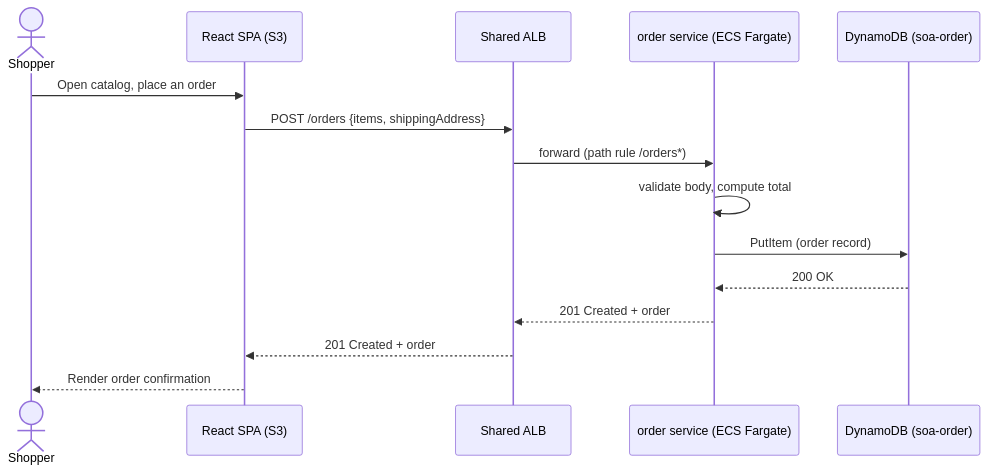
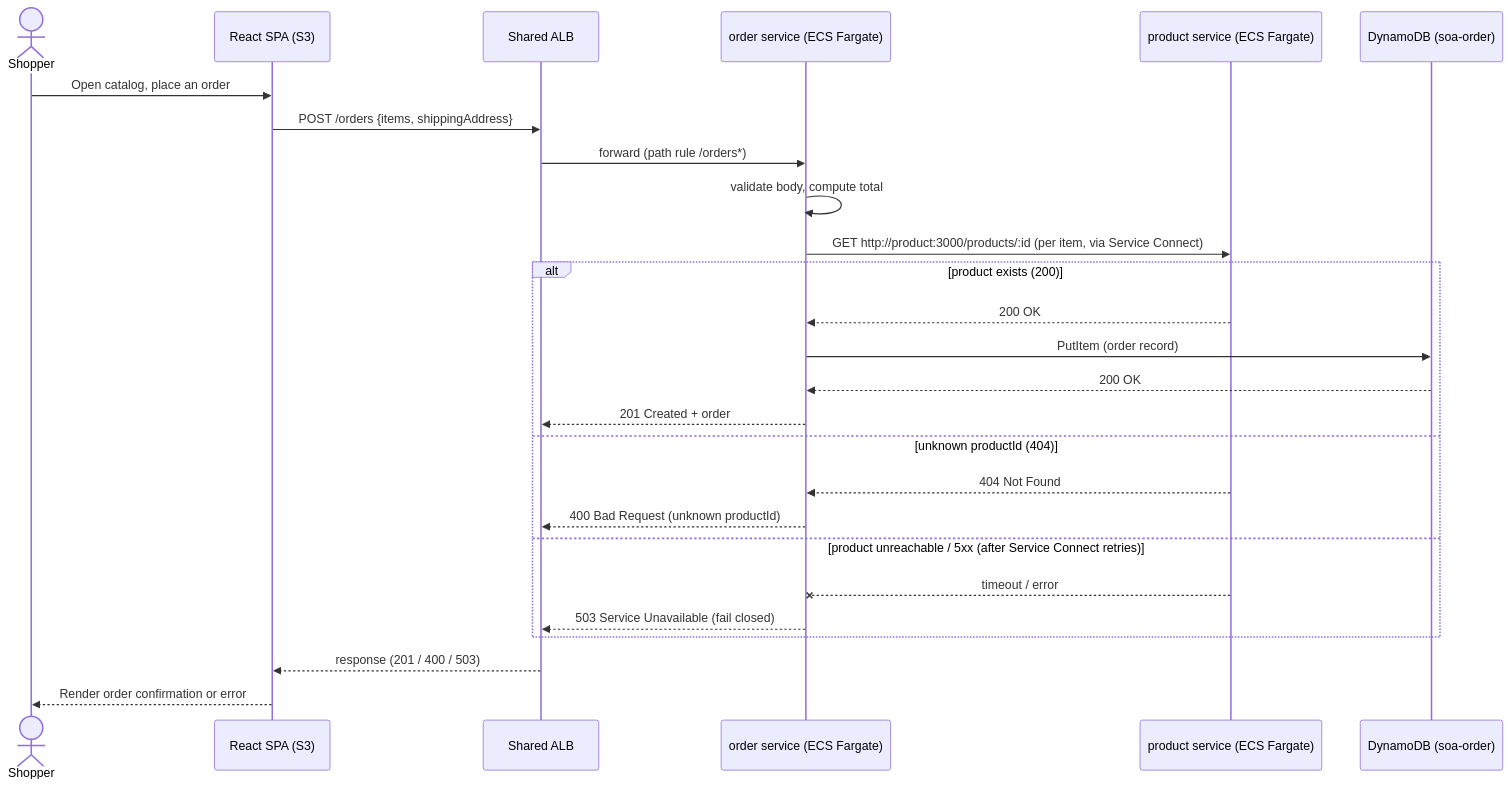
One commit to harmon-tuazon/SOA_Final_Project changed the second of 3 diagrams in docs/architecture/overview.md. Above: the diagram before and after it, drawn with Mermaid. The commit also changed other lines of this file and 21 other files, not shown here.

First line of the commit message:
Add ECS Service Connect service discovery + order->product call (PRD platform/0012) (#31)

````diff
--- a/docs/architecture/overview.md
+++ b/docs/architecture/overview.md
@@ -106,18 +115,29 @@
 ```mermaid
 sequenceDiagram
     actor Shopper
     participant SPA as React SPA (S3)
     participant ALB as Shared ALB
     participant Order as order service (ECS Fargate)
+    participant Product as product service (ECS Fargate)
     participant DB as DynamoDB (soa-order)
 
     Shopper->>SPA: Open catalog, place an order
     SPA->>ALB: POST /orders {items, shippingAddress}
     ALB->>Order: forward (path rule /orders*)
     Order->>Order: validate body, compute total
-    Order->>DB: PutItem (order record)
-    DB-->>Order: 200 OK
-    Order-->>ALB: 201 Created + order
-    ALB-->>SPA: 201 Created + order
-    SPA-->>Shopper: Render order confirmation
+    Order->>Product: GET http://product:3000/products/:id (per item, via Service Connect)
+    alt product exists (200)
+        Product-->>Order: 200 OK
+        Order->>DB: PutItem (order record)
+        DB-->>Order: 200 OK
+        Order-->>ALB: 201 Created + order
+    else unknown productId (404)
+        Product-->>Order: 404 Not Found
+        Order-->>ALB: 400 Bad Request (unknown productId)
+    else product unreachable / 5xx (after Service Connect retries)
+        Product--xOrder: timeout / error
+        Order-->>ALB: 503 Service Unavailable (fail closed)
+    end
+    ALB-->>SPA: response (201 / 400 / 503)
+    SPA-->>Shopper: Render order confirmation or error
 ```
````
